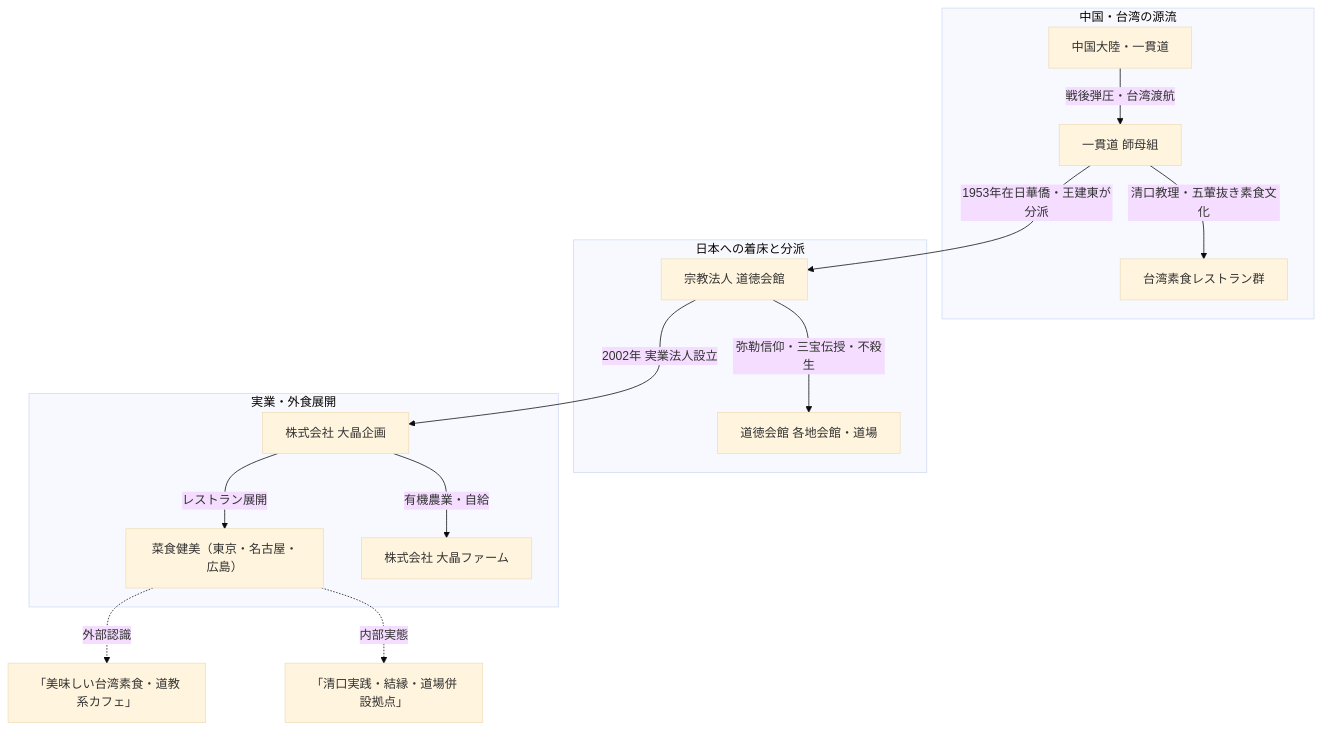
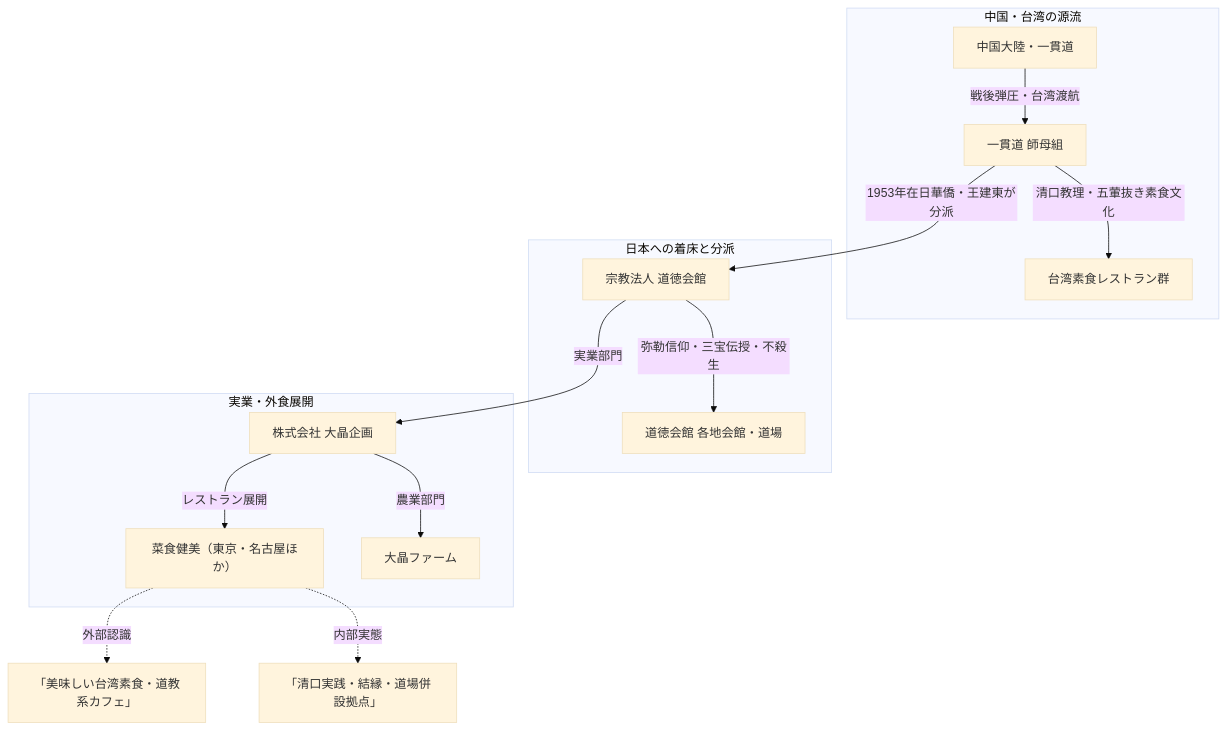
Before and after one commit to iida-masashi/religion-garden: the diagram in content/01_宗派・異端研究/17_飲食・食品関連/菜食健美（大晶企画・道徳会館）.md, drawn with Mermaid (base theme). The commit also changed other lines of this file and 191 other files, not shown here.

````diff
--- a/content/01_宗派・異端研究/17_飲食・食品関連/菜食健美（大晶企画・道徳会館）.md
+++ b/content/01_宗派・異端研究/17_飲食・食品関連/菜食健美（大晶企画・道徳会館）.md
@@ -30,21 +30,21 @@
 ```mermaid
 flowchart TD
     subgraph 中国台湾の源流["中国・台湾の源流"]
         A[中国大陸・一貫道] -->|戦後弾圧・台湾渡航| B[一貫道 師母組]
         B -->|清口教理・五葷抜き素食文化| C[台湾素食レストラン群]
     end
 
     subgraph 日本への着床と分派
         B -->|1953年在日華僑・王建東が分派| D[宗教法人 道徳会館]
         D -->|弥勒信仰・三宝伝授・不殺生| E[道徳会館 各地会館・道場]
     end
 
     subgraph 実業外食展開["実業・外食展開"]
-        D -->|2002年 実業法人設立| F[株式会社 大晶企画]
-        F -->|レストラン展開| G["菜食健美（東京・名古屋・広島）"]
-        F -->|有機農業・自給| H[株式会社 大晶ファーム]
+        D -->|実業部門| F[株式会社 大晶企画]
+        F -->|レストラン展開| G["菜食健美（東京・名古屋ほか）"]
+        F -->|農業部門| H[大晶ファーム]
     end
 
     G -.->|外部認識| I[「美味しい台湾素食・道教系カフェ」]
     G -.->|内部実態| J[「清口実践・結縁・道場併設拠点」]
 ```
````
